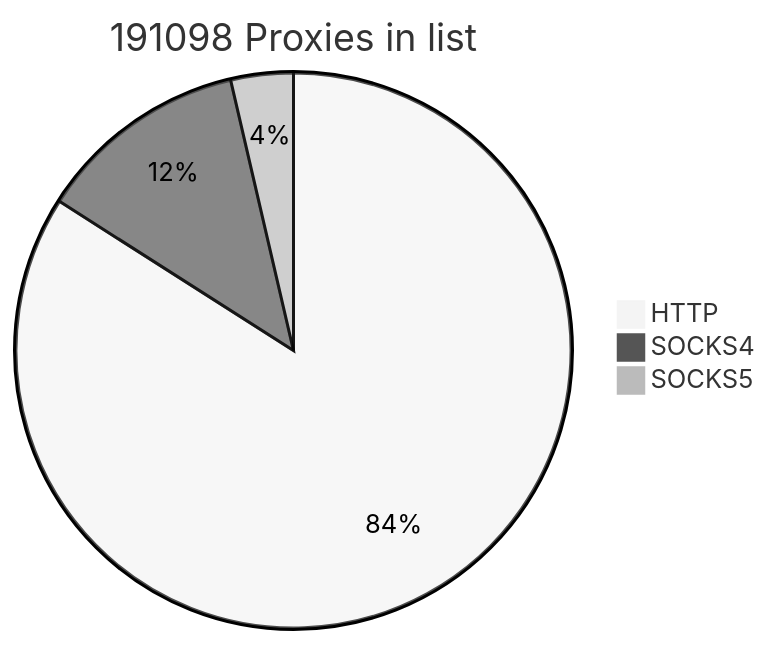
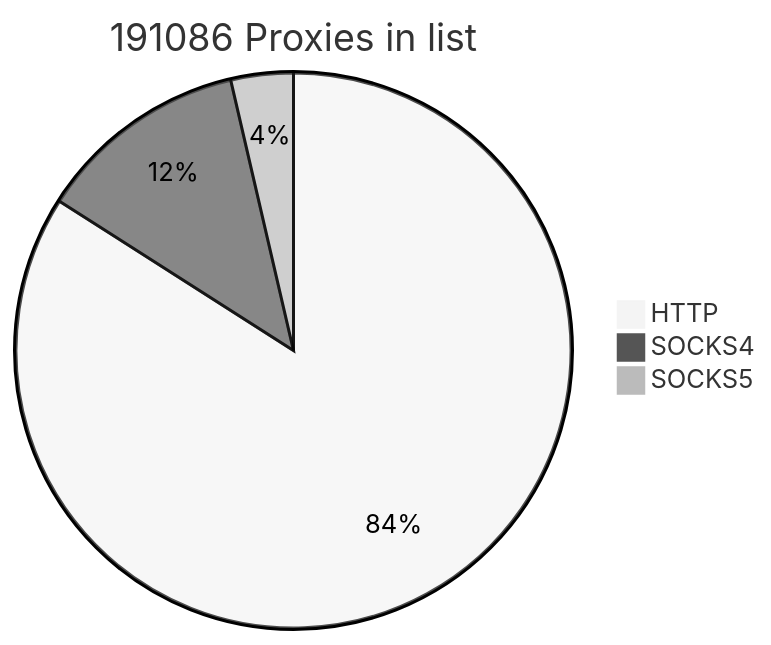
The first of 2 diagrams in README.md (cutipu/proxylist), drawn with Mermaid (neutral theme) before and after one commit. The commit also changed other lines of this file, not shown here.

````diff
--- a/README.md
+++ b/README.md
@@ -2,7 +2,7 @@
 ```mermaid
-pie title 191098 Proxies in list
+pie title 191086 Proxies in list
     "HTTP" : 160583
-    "SOCKS4" : 23567
-    "SOCKS5" : 6948
+    "SOCKS4" : 23564
+    "SOCKS5" : 6939
             
 ```
````
